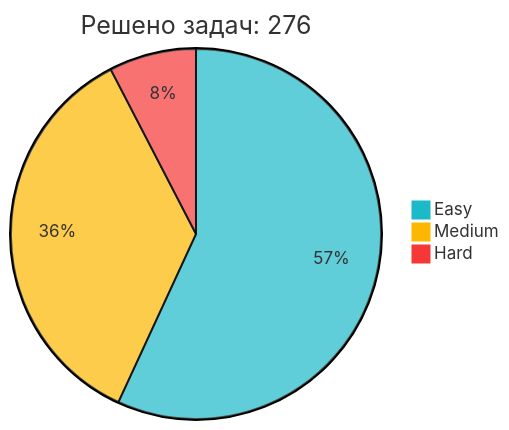
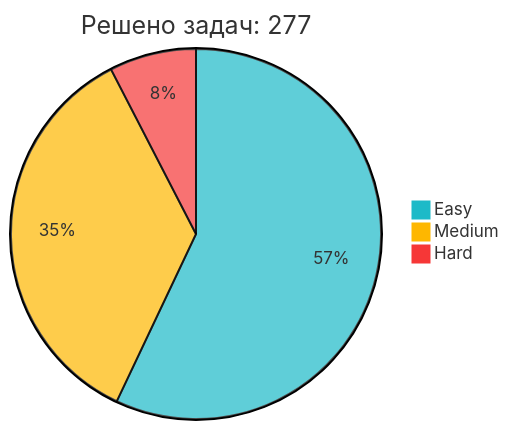
The diagram in README.md (IliaKurdukov/IliaKurdukov), drawn with Mermaid before and after one commit. The commit also changed other lines of this file, not shown here.

Commit message:
📈 Обновление статистики LeetCode

````diff
--- a/README.md
+++ b/README.md
@@ -51,7 +51,7 @@
 ```mermaid
 %%{init: {'theme': 'base', 'themeVariables': { 'pie1': '#1CBAC8', 'pie2': '#FEB700', 'pie3': '#F63737' }, 'config': {'width': 300, 'height': 200}}}%%
-pie title Решено задач: 276
-   "Easy" : 157
+pie title Решено задач: 277
+   "Easy" : 158
    "Medium" : 98
    "Hard" : 21
 ```
````
